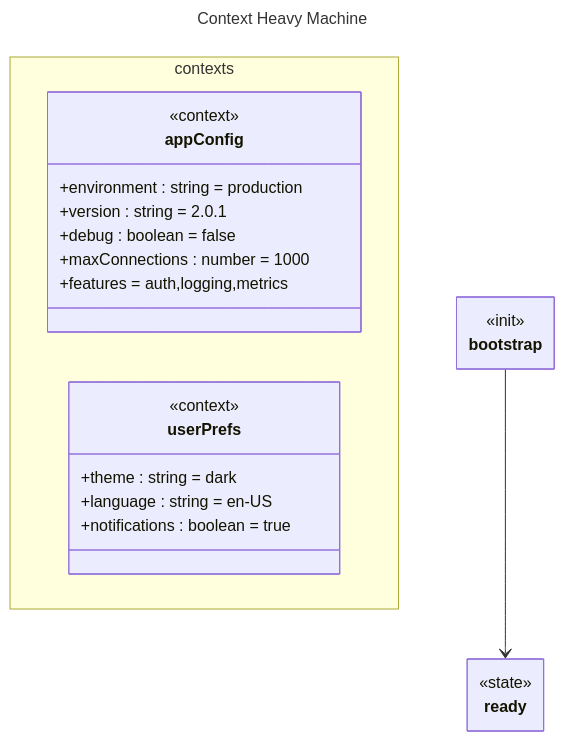
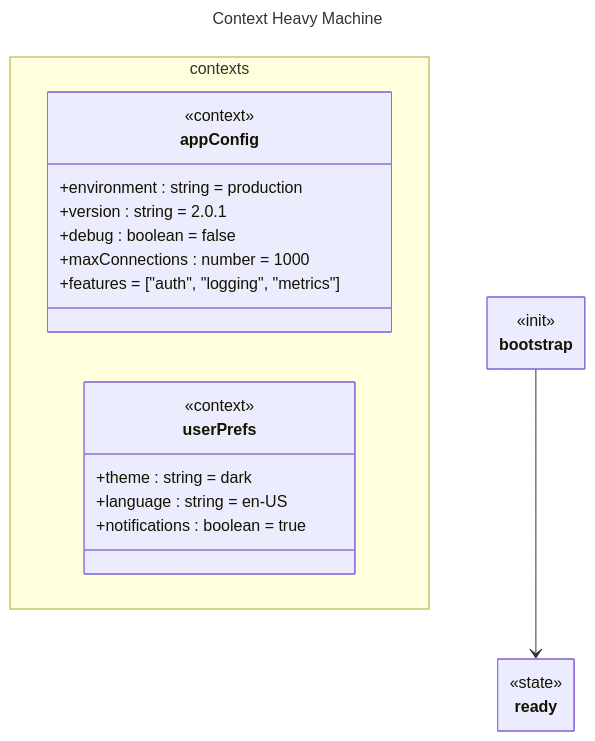
The diagram in test-output/generative/context_heavy.md (christopherdebeer/machine), drawn with Mermaid before and after one commit. The commit also changed other lines of this file and 29 other files, not shown here.

````diff
--- a/test-output/generative/context_heavy.md
+++ b/test-output/generative/context_heavy.md
@@ -27,38 +27,38 @@
 ```mermaid
 ---
 "title": "Context Heavy Machine"
 config:
     class:
         hideEmptyMembersBox: true
 ---
 classDiagram-v2
   namespace contexts {
   class appConfig {
     <<context>>
     +environment : string = production
 +version : string = 2.0.1
 +debug : boolean = false
 +maxConnections : number = 1000
-+features = auth,logging,metrics
++features = ["auth", "logging", "metrics"]
   }
 
   class userPrefs {
     <<context>>
     +theme : string = dark
 +language : string = en-US
 +notifications : boolean = true
   }
 }
 
   class bootstrap {
     <<init>>
   }
 
   class ready {
     <<state>>
   }
     bootstrap --> ready
   
   
 
 ```
````
